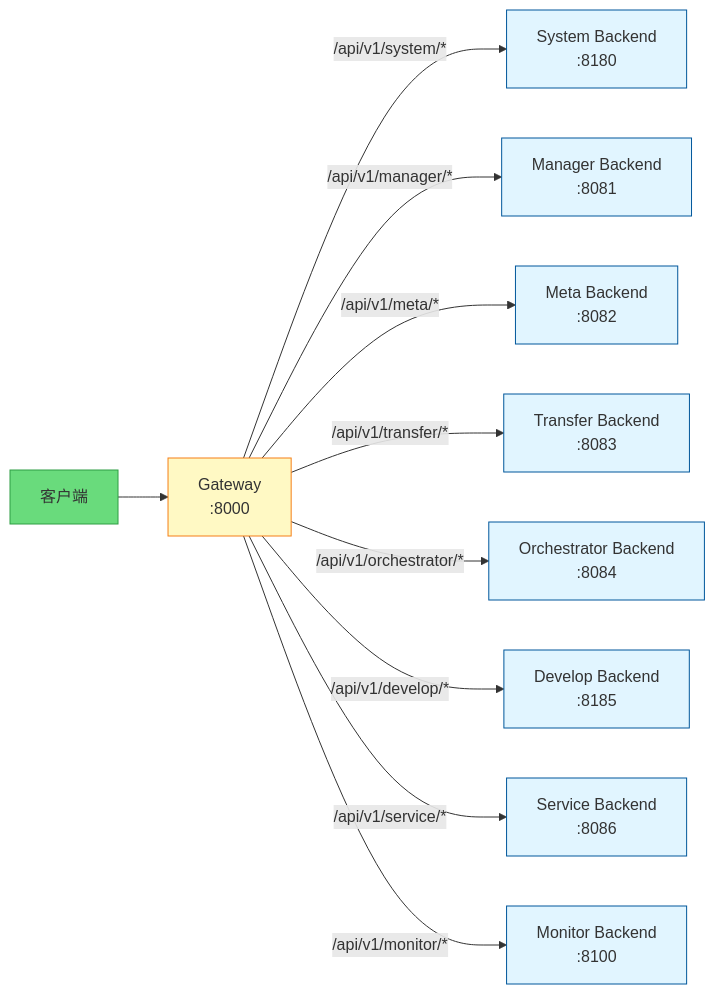
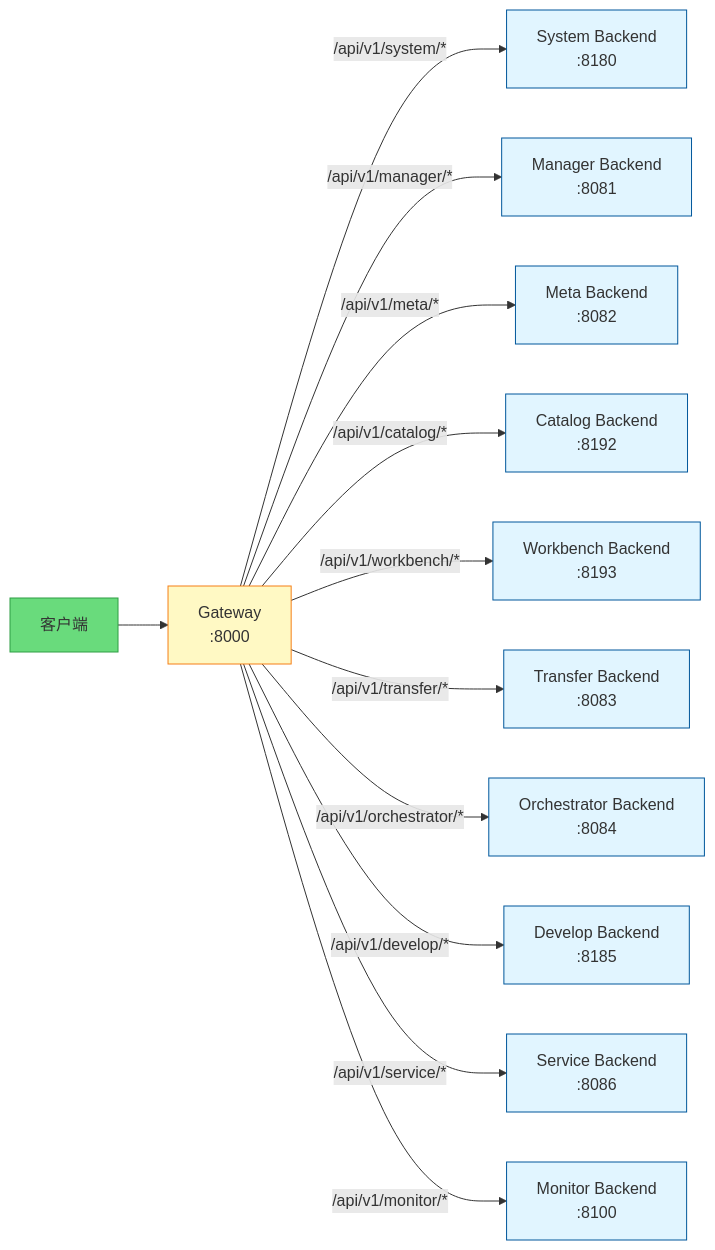
Before and after one commit to pampa0629/addp: the ninth of 14 diagrams in docs/concepts/addp模块架构图.md, drawn with Mermaid. The commit also changed other lines of this file and 1206 other files, not shown here.

````diff
--- a/docs/concepts/addp模块架构图.md
+++ b/docs/concepts/addp模块架构图.md
@@ -644,21 +688,23 @@
 ```mermaid
 graph LR
     Client[客户端] --> Gateway[Gateway<br/>:8000]
 
     Gateway --> |/api/v1/system/*| System[System Backend<br/>:8180]
     Gateway --> |/api/v1/manager/*| Manager[Manager Backend<br/>:8081]
     Gateway --> |/api/v1/meta/*| Meta[Meta Backend<br/>:8082]
+    Gateway --> |/api/v1/catalog/*| Catalog[Catalog Backend<br/>:8192]
+    Gateway --> |/api/v1/workbench/*| Workbench[Workbench Backend<br/>:8193]
     Gateway --> |/api/v1/transfer/*| Transfer[Transfer Backend<br/>:8083]
     Gateway --> |/api/v1/orchestrator/*| Orchestrator[Orchestrator Backend<br/>:8084]
     Gateway --> |/api/v1/develop/*| Develop[Develop Backend<br/>:8185]
     Gateway --> |/api/v1/service/*| Service[Service Backend<br/>:8086]
     Gateway --> |/api/v1/monitor/*| Monitor[Monitor Backend<br/>:8100]
 
     classDef client fill:#69db7c,stroke:#2f9e44
     classDef gateway fill:#fff9c4,stroke:#f57f17
     classDef backend fill:#e1f5ff,stroke:#01579b
 
     class Client client
     class Gateway gateway
-    class System,Manager,Meta,Transfer,Orchestrator,Develop,Service,Monitor backend
+    class System,Manager,Meta,Catalog,Workbench,Transfer,Orchestrator,Develop,Service,Monitor backend
 ```
````
